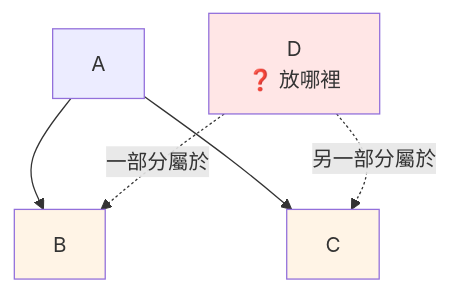
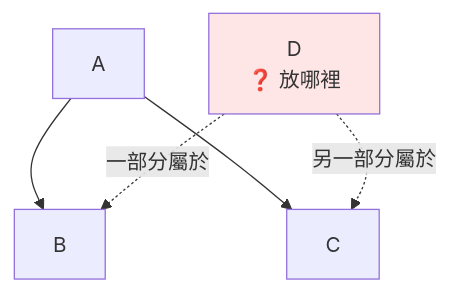
The seventh of 7 diagrams in general/classification-terminology.md (mapleelpam/LuminNexus-LearningMap), drawn with Mermaid before and after one commit. The commit also changed other lines of this file and 1 other file, not shown here.

````diff
--- a/general/classification-terminology.md
+++ b/general/classification-terminology.md
@@ -449,11 +330,9 @@
 ```mermaid
 graph TD
     A["A"] --> B["B"]
     A --> C["C"]
     D["D<br/>❓ 放哪裡"] -.->|"一部分屬於"| B
     D -.->|"另一部分屬於"| C
 
     style D fill:#ffe6e6
-    style B fill:#fff4e6
-    style C fill:#fff4e6
 ```
````
